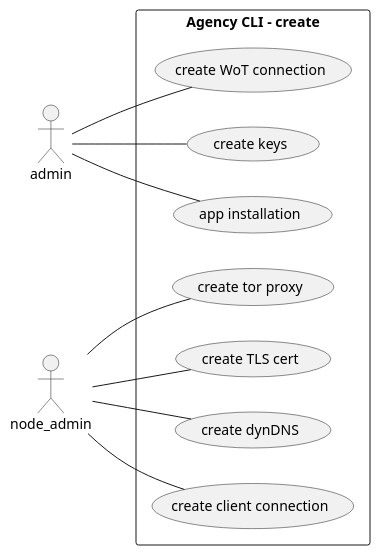
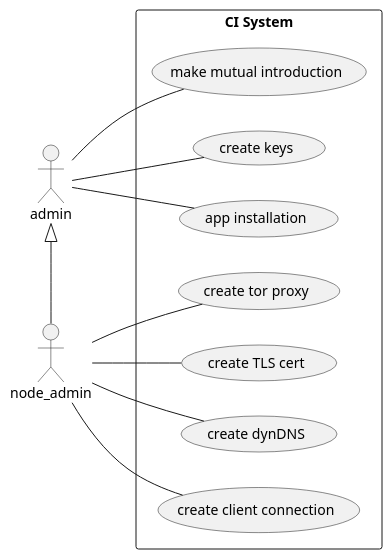
One commit to lainio/ic changed the first of 2 diagrams in README.md. Above: the diagram before and after it, drawn with PlantUML. The commit also changed other lines of this file, not shown here.

Commit message:
starting to play plantuml and mermeid

````diff
--- a/README.md
+++ b/README.md
@@ -22,20 +22,22 @@
 ```plantuml
 @startuml
 left to right direction
 skinparam packageStyle rectangle
 
 actor admin
 actor node_admin
 
-rectangle "Agency CLI - create" {
-  admin -- (create WoT connection)
+rectangle "CI System" {
+  admin -- (make mutual introduction)
   admin -- (create keys)
   admin -- (app installation)
 
   node_admin -- (create tor proxy)
   node_admin -- (create TLS cert)
   node_admin -- (create dynDNS)
   node_admin -- (create client connection)
 }
+
+admin <|- node_admin
 @enduml
 ```
````
